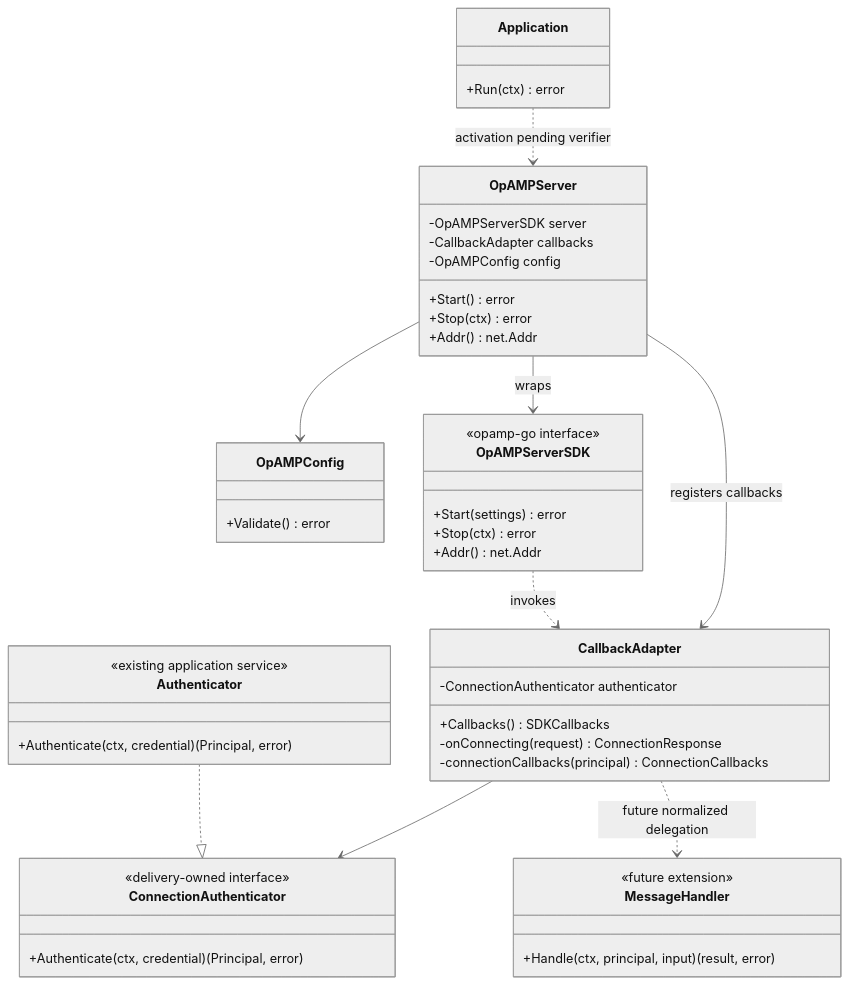
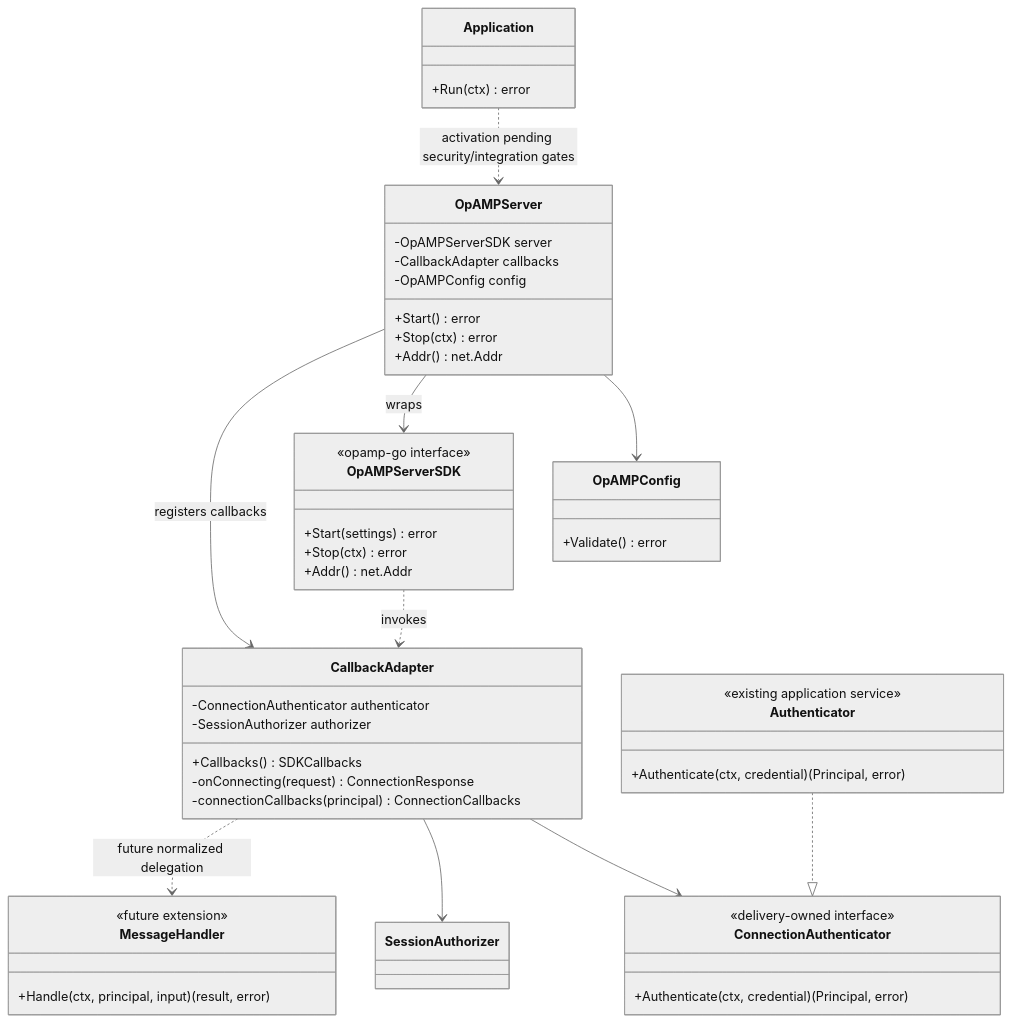
One commit to AR-IMMS/fleet-manager changed the diagram in docs/local/architecture/opamp-server.md. Above: the diagram before and after it, drawn with Mermaid (neutral theme). The commit also changed other lines of this file and 4 other files, not shown here.

````diff
--- a/docs/local/architecture/opamp-server.md
+++ b/docs/local/architecture/opamp-server.md
@@ -70,50 +75,52 @@
 ```mermaid
 classDiagram
 direction TB
     class Application {
         +Run(ctx) error
     }
     class OpAMPConfig {
         +Validate() error
     }
     class OpAMPServer {
         -OpAMPServerSDK server
         -CallbackAdapter callbacks
         -OpAMPConfig config
         +Start() error
         +Stop(ctx) error
         +Addr() net.Addr
     }
     class OpAMPServerSDK {
         <<opamp-go interface>>
         +Start(settings) error
         +Stop(ctx) error
         +Addr() net.Addr
     }
     class CallbackAdapter {
         -ConnectionAuthenticator authenticator
+        -SessionAuthorizer authorizer
         +Callbacks() SDKCallbacks
         -onConnecting(request) ConnectionResponse
         -connectionCallbacks(principal) ConnectionCallbacks
     }
     class ConnectionAuthenticator {
         <<delivery-owned interface>>
         +Authenticate(ctx, credential) (Principal, error)
     }
     class Authenticator {
         <<existing application service>>
         +Authenticate(ctx, credential) (Principal, error)
     }
     class MessageHandler {
         <<future extension>>
         +Handle(ctx, principal, input) (result, error)
     }
-    Application ..> OpAMPServer : activation pending verifier
+    Application ..> OpAMPServer : activation pending security/integration gates
     OpAMPServer --> OpAMPConfig
     OpAMPServer --> OpAMPServerSDK : wraps
     OpAMPServer --> CallbackAdapter : registers callbacks
     OpAMPServerSDK ..> CallbackAdapter : invokes
     CallbackAdapter --> ConnectionAuthenticator
     Authenticator ..|> ConnectionAuthenticator
+    CallbackAdapter --> SessionAuthorizer
     CallbackAdapter ..> MessageHandler : future normalized delegation
 ```
````
